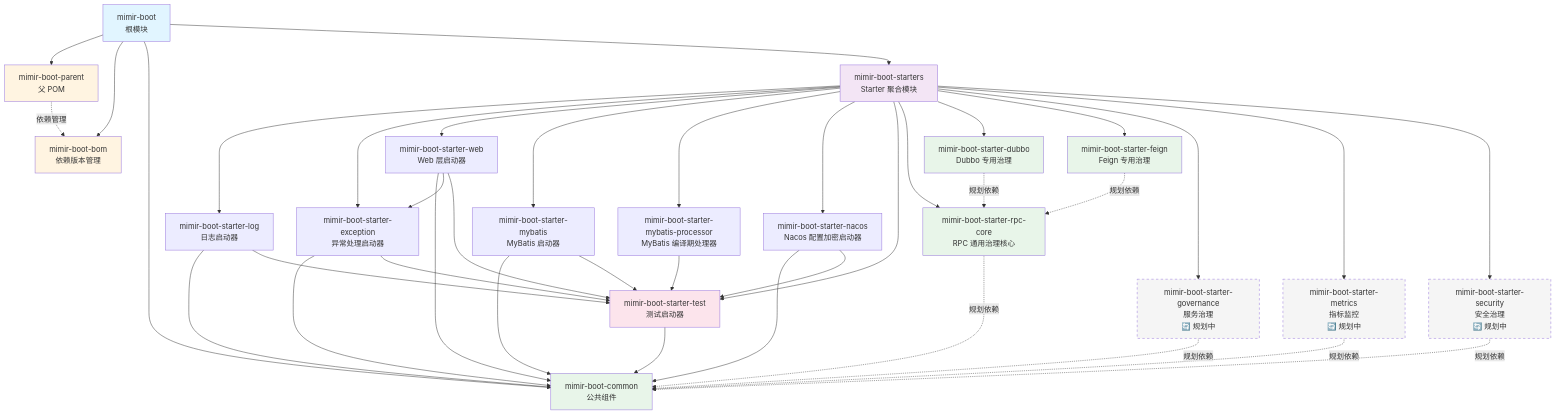
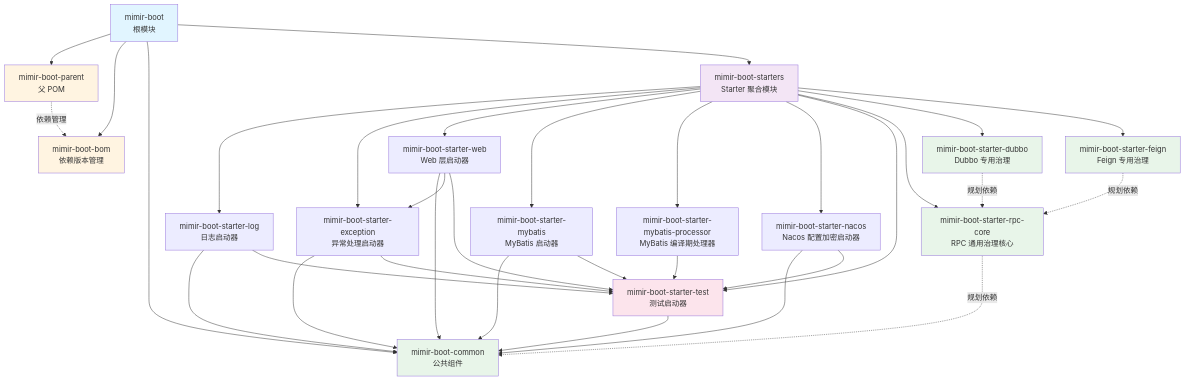
Before and after one commit to Yggdrasil-Labs/mimir-boot: the diagram in README.md, drawn with Mermaid. The commit also changed other lines of this file, not shown here.

````diff
--- a/README.md
+++ b/README.md
@@ -374,57 +375,48 @@
 ```mermaid
 graph TD
     Root[mimir-boot<br/>根模块] --> Parent[mimir-boot-parent<br/>父 POM]
     Root --> BOM[mimir-boot-bom<br/>依赖版本管理]
     Root --> Common[mimir-boot-common<br/>公共组件]
     Root --> Starters[mimir-boot-starters<br/>Starter 聚合模块]
     
     Parent -.依赖管理.-> BOM
     
     Starters --> Log[mimir-boot-starter-log<br/>日志启动器]
     Starters --> Exception[mimir-boot-starter-exception<br/>异常处理启动器]
     Starters --> Web[mimir-boot-starter-web<br/>Web 层启动器]
     Starters --> MyBatis[mimir-boot-starter-mybatis<br/>MyBatis 启动器]
     Starters --> Processor[mimir-boot-starter-mybatis-processor<br/>MyBatis 编译期处理器]
     Starters --> Nacos[mimir-boot-starter-nacos<br/>Nacos 配置加密启动器]
     Starters --> Test[mimir-boot-starter-test<br/>测试启动器]
     Starters --> RPCCore[mimir-boot-starter-rpc-core<br/>RPC 通用治理核心]
     Starters --> Dubbo[mimir-boot-starter-dubbo<br/>Dubbo 专用治理]
     Starters --> Feign[mimir-boot-starter-feign<br/>Feign 专用治理]
-    Starters --> Governance[mimir-boot-starter-governance<br/>服务治理<br/>🔄 规划中]
-    Starters --> Metrics[mimir-boot-starter-metrics<br/>指标监控<br/>🔄 规划中]
-    Starters --> Security[mimir-boot-starter-security<br/>安全治理<br/>🔄 规划中]
     
     Log --> Common
     Log --> Test
     Exception --> Common
     Exception --> Test
     Web --> Common
     Web --> Exception
     Web --> Test
     MyBatis --> Common
     MyBatis --> Test
     Processor --> Test
     Nacos --> Common
     Nacos --> Test
     Test --> Common
     
     RPCCore -.规划依赖.-> Common
     Dubbo -.规划依赖.-> RPCCore
     Feign -.规划依赖.-> RPCCore
-    Governance -.规划依赖.-> Common
-    Metrics -.规划依赖.-> Common
-    Security -.规划依赖.-> Common
     
     style Root fill:#e1f5ff
     style Parent fill:#fff4e1
     style BOM fill:#fff4e1
     style Common fill:#e8f5e9
     style Starters fill:#f3e5f5
     style Test fill:#fce4ec
     style RPCCore fill:#e8f5e9
     style Dubbo fill:#e8f5e9
     style Feign fill:#e8f5e9
-    style Governance fill:#f5f5f5,stroke-dasharray: 5 5
-    style Metrics fill:#f5f5f5,stroke-dasharray: 5 5
-    style Security fill:#f5f5f5,stroke-dasharray: 5 5
 ```
````
